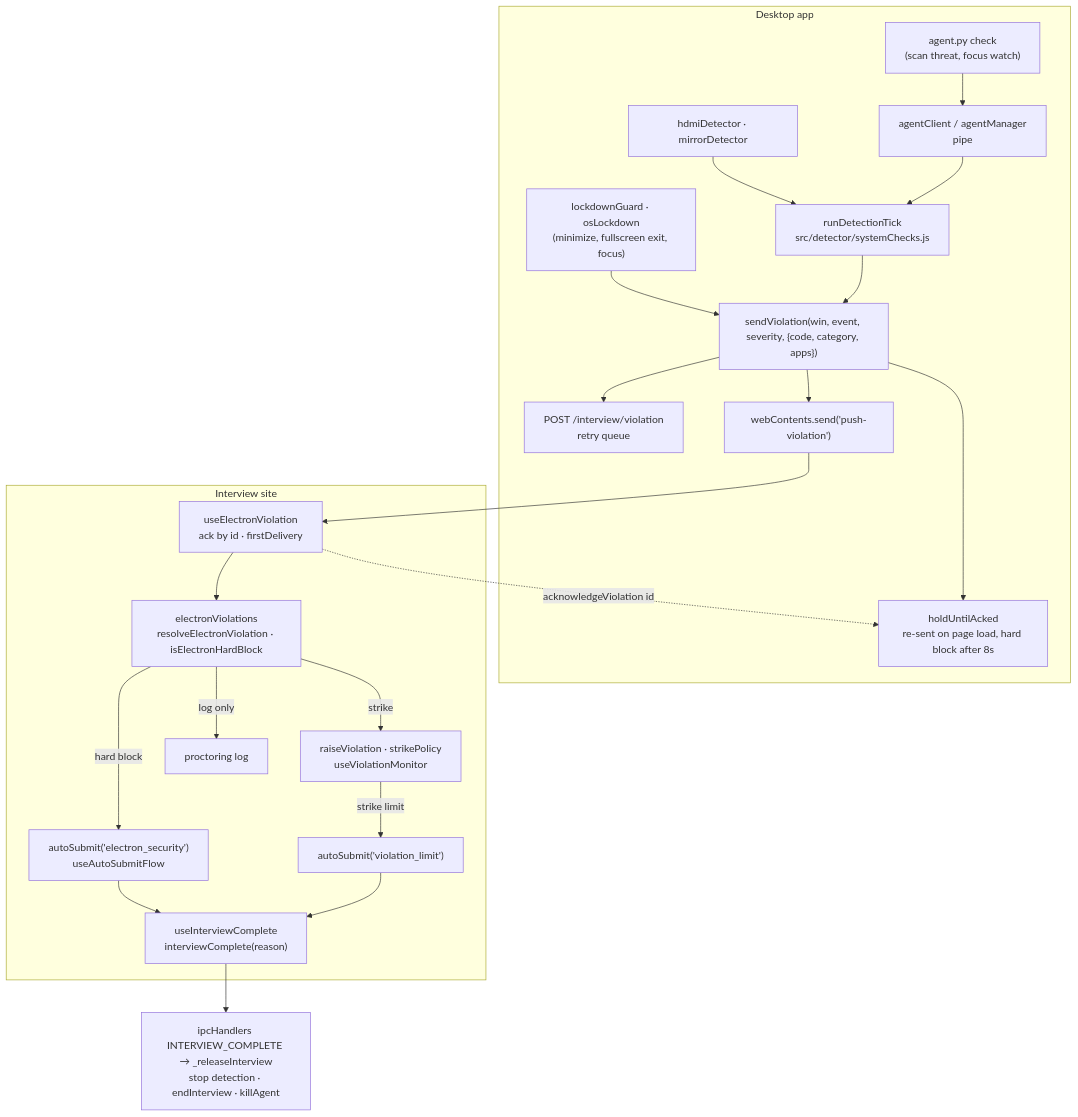
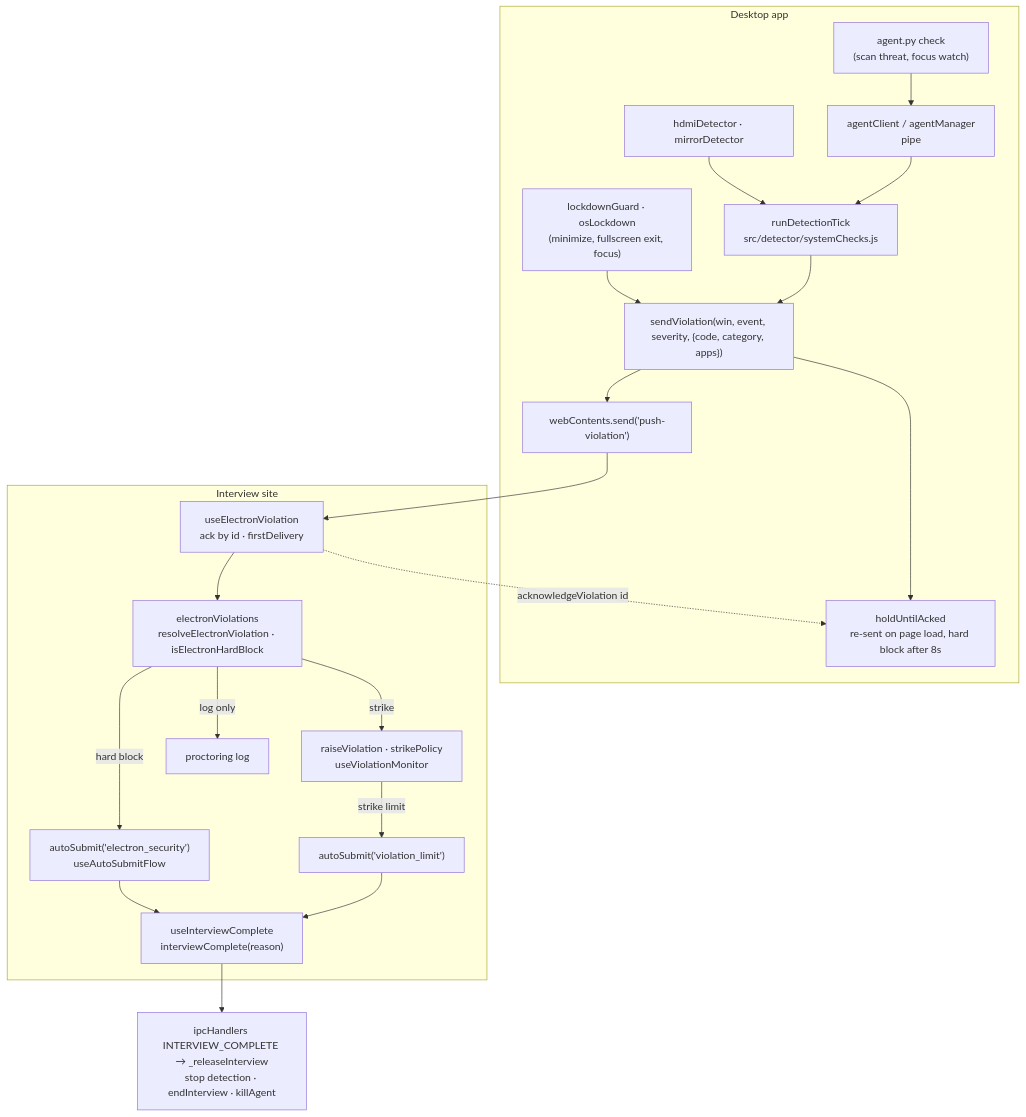
One commit to ShivajiVS/letshre-electron-app changed the diagram in docs/architecture.md. Above: the diagram before and after it, drawn with Mermaid. The commit also changed other lines of this file and 17 other files, not shown here.

````diff
--- a/docs/architecture.md
+++ b/docs/architecture.md
@@ -233,25 +232,24 @@
 ```mermaid
 flowchart TD
     subgraph App["Desktop app"]
         A1["agent.py check<br/>(scan threat, focus watch)"] --> A2["agentClient / agentManager<br/>pipe"]
         N1["hdmiDetector · mirrorDetector"] --> T
         A2 --> T["runDetectionTick<br/>src/detector/systemChecks.js"]
         L1["lockdownGuard · osLockdown<br/>(minimize, fullscreen exit, focus)"] --> S
         T --> S["sendViolation(win, event, severity, {code, category, apps})"]
         S --> H["holdUntilAcked<br/>re-sent on page load, hard block after 8s"]
-        S --> B["POST /interview/violation<br/>retry queue"]
         S --> P["webContents.send('push-violation')"]
     end
     subgraph Site["Interview site"]
         P --> U["useElectronViolation<br/>ack by id · firstDelivery"]
         U --> R["electronViolations<br/>resolveElectronViolation · isElectronHardBlock"]
         R -->|hard block| AS["autoSubmit('electron_security')<br/>useAutoSubmitFlow"]
         R -->|strike| RV["raiseViolation · strikePolicy<br/>useViolationMonitor"]
         R -->|log only| LOG["proctoring log"]
         RV -->|strike limit| AS2["autoSubmit('violation_limit')"]
         AS --> IC["useInterviewComplete<br/>interviewComplete(reason)"]
         AS2 --> IC
     end
     U -.->|acknowledgeViolation id| H
     IC --> REL["ipcHandlers INTERVIEW_COMPLETE → _releaseInterview<br/>stop detection · endInterview · killAgent"]
 ```
````
